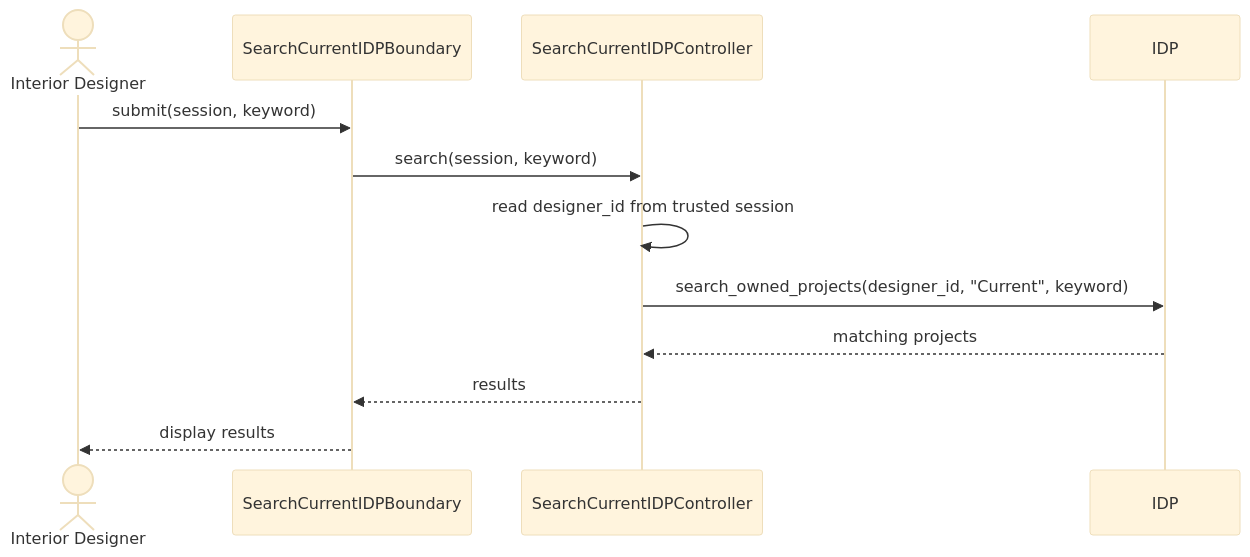
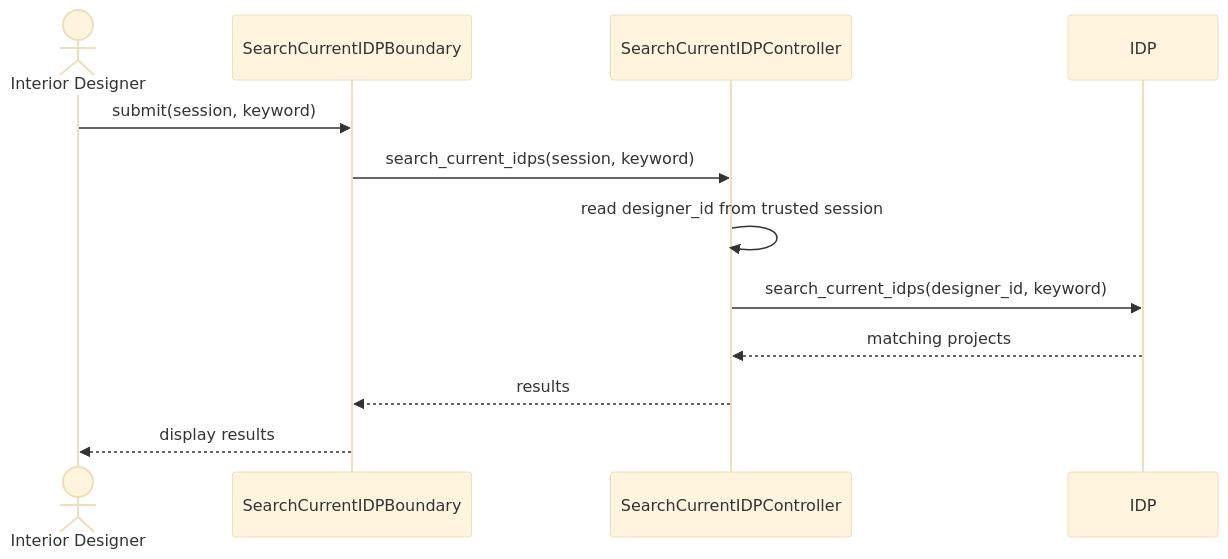
The second of 2 diagrams in diagrams/US24_Search_Current_IDPs/README.md (boyinapuddle/CSIT314-Chinese), drawn with Mermaid (base theme) before and after one commit. The commit also changed other lines of this file and 140 other files, not shown here.

````diff
--- a/diagrams/US24_Search_Current_IDPs/README.md
+++ b/diagrams/US24_Search_Current_IDPs/README.md
@@ -20,14 +20,14 @@
 ```mermaid
 sequenceDiagram
     actor P0 as Interior Designer
     participant P1 as SearchCurrentIDPBoundary
     participant P2 as SearchCurrentIDPController
     participant P3 as IDP
     P0->>P1: submit(session, keyword)
-    P1->>P2: search(session, keyword)
+    P1->>P2: search_current_idps(session, keyword)
     P2->>P2: read designer_id from trusted session
-    P2->>P3: search_owned_projects(designer_id, "Current", keyword)
+    P2->>P3: search_current_idps(designer_id, keyword)
     P3-->>P2: matching projects
     P2-->>P1: results
     P1-->>P0: display results
 ```
````
